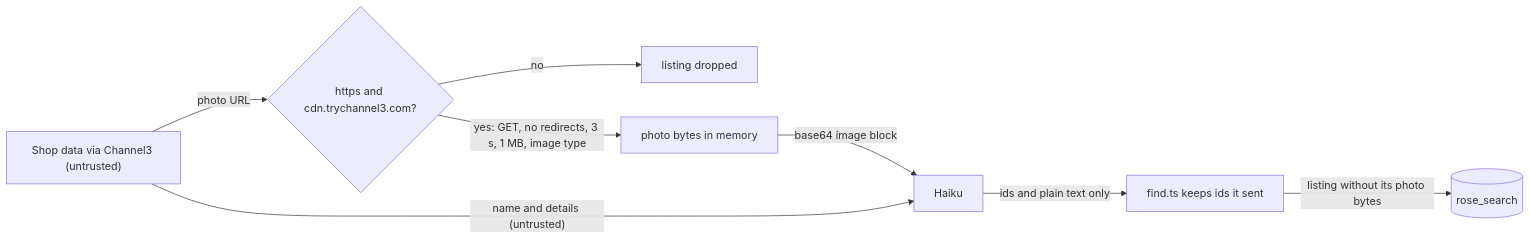
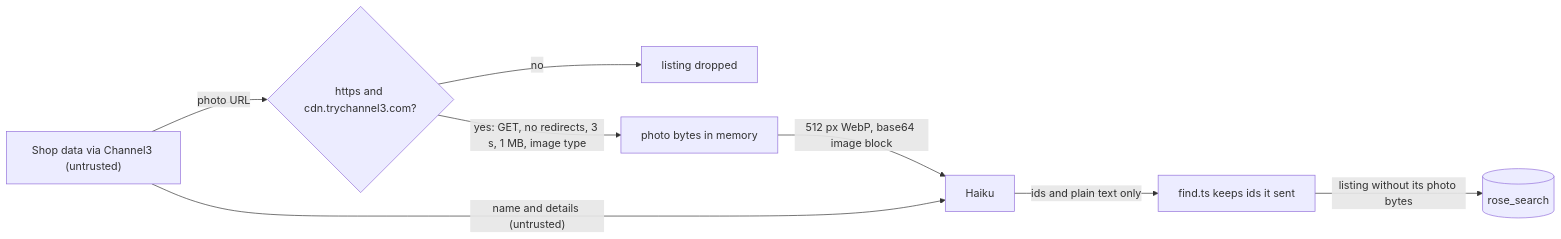
The fifth of 5 diagrams in docs/specs/picks-that-match.md (dzaffren/kincart), drawn with Mermaid before and after one commit. The commit also changed other lines of this file and 3 other files, not shown here.

````diff
--- a/docs/specs/picks-that-match.md
+++ b/docs/specs/picks-that-match.md
@@ -207,10 +207,10 @@
 ```mermaid
 flowchart LR
     SHOP["Shop data via Channel3 (untrusted)"] -- "photo URL" --> CHK{"https and cdn.trychannel3.com?"}
     CHK -- "no" --> X[listing dropped]
     CHK -- "yes: GET, no redirects, 3 s, 1 MB, image type" --> B[photo bytes in memory]
-    B -- "base64 image block" --> H[Haiku]
+    B -- "512 px WebP, base64 image block" --> H[Haiku]
     SHOP -- "name and details (untrusted)" --> H
     H -- "ids and plain text only" --> F["find.ts keeps ids it sent"]
     F -- "listing without its photo bytes" --> DB[(rose_search)]
 ```
````
